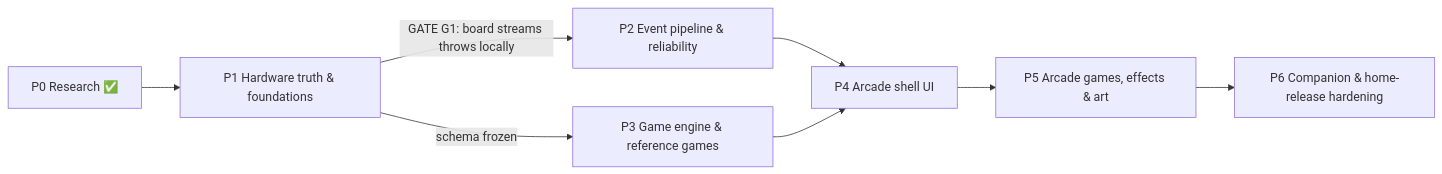
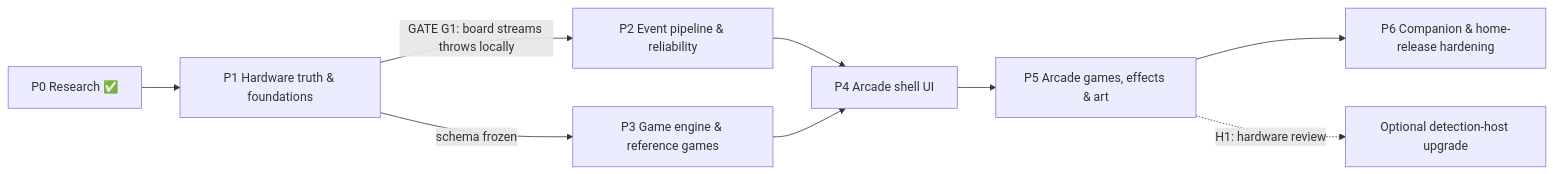
The diagram in ROADMAP.md (skiifr/AutoDarts-Arcade), drawn with Mermaid before and after one commit. The commit also changed other lines of this file and 2 other files, not shown here.

````diff
--- a/ROADMAP.md
+++ b/ROADMAP.md
@@ -37,10 +37,11 @@
 ```mermaid
 flowchart LR
   P0["P0 Research ✅"] --> P1["P1 Hardware truth & foundations"]
   P1 -->|"GATE G1: board streams throws locally"| P2["P2 Event pipeline & reliability"]
   P1 -->|"schema frozen"| P3["P3 Game engine & reference games"]
   P2 --> P4["P4 Arcade shell UI"]
   P3 --> P4
   P4 --> P5["P5 Arcade games, effects & art"]
   P5 --> P6["P6 Companion & home-release hardening"]
+  P5 -.->|"H1: hardware review"| HW["Optional detection-host upgrade"]
 ```
````
